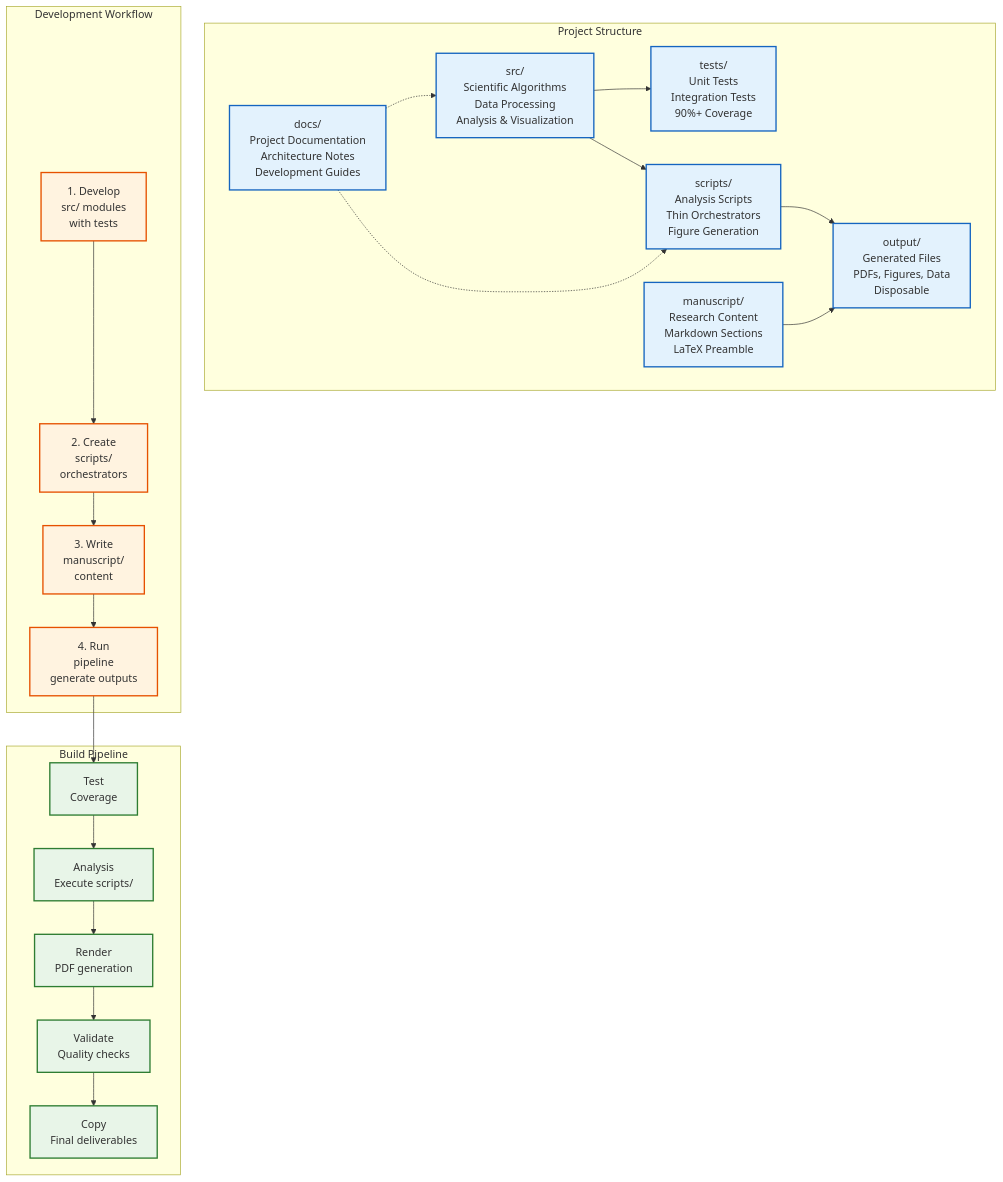
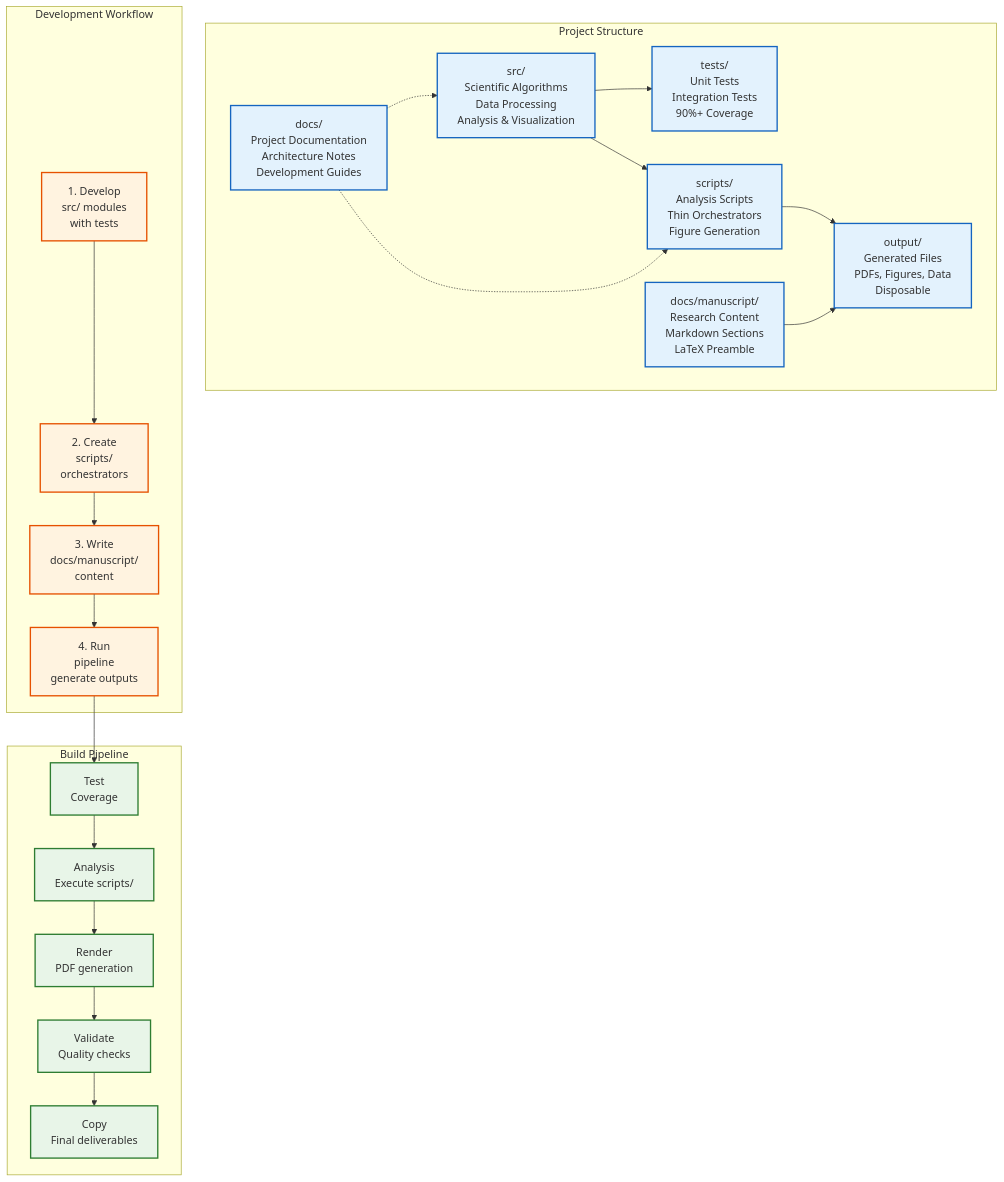
Before and after one commit to docxology/ento_linguistics: the diagram in README.md, drawn with Mermaid. The commit also changed other lines of this file and 75 other files, not shown here.

````diff
--- a/README.md
+++ b/README.md
@@ -128,51 +128,51 @@
 ```mermaid
 graph TB
     subgraph ProjectStructure["Project Structure"]
         SRC[src/<br/>Scientific Algorithms<br/>Data Processing<br/>Analysis & Visualization]
         TESTS[tests/<br/>Unit Tests<br/>Integration Tests<br/>90%+ Coverage]
         SCRIPTS[scripts/<br/>Analysis Scripts<br/>Thin Orchestrators<br/>Figure Generation]
-        MANUSCRIPT[manuscript/<br/>Research Content<br/>Markdown Sections<br/>LaTeX Preamble]
+        MANUSCRIPT[docs/manuscript/<br/>Research Content<br/>Markdown Sections<br/>LaTeX Preamble]
         OUTPUT[output/<br/>Generated Files<br/>PDFs, Figures, Data<br/>Disposable]
         DOCS[docs/<br/>Project Documentation<br/>Architecture Notes<br/>Development Guides]
     end
 
     subgraph Workflow["Development Workflow"]
         DEVELOP[1. Develop<br/>src/ modules<br/>with tests]
         ORCHESTRATE[2. Create<br/>scripts/<br/>orchestrators]
-        DOCUMENT[3. Write<br/>manuscript/<br/>content]
+        DOCUMENT[3. Write<br/>docs/manuscript/<br/>content]
         BUILD[4. Run<br/>pipeline<br/>generate outputs]
     end
 
     subgraph Pipeline["Build Pipeline"]
         TEST_RUN[Test<br/>Coverage]
         ANALYSIS_RUN[Analysis<br/>Execute scripts/]
         RENDER_RUN[Render<br/>PDF generation]
         VALIDATE_RUN[Validate<br/>Quality checks]
         COPY_RUN[Copy<br/>Final deliverables]
     end
 
     SRC --> TESTS
     SRC --> SCRIPTS
     SCRIPTS --> OUTPUT
     MANUSCRIPT --> OUTPUT
     DOCS -.-> SRC
     DOCS -.-> SCRIPTS
 
     DEVELOP --> ORCHESTRATE
     ORCHESTRATE --> DOCUMENT
     DOCUMENT --> BUILD
 
     BUILD --> TEST_RUN
     TEST_RUN --> ANALYSIS_RUN
     ANALYSIS_RUN --> RENDER_RUN
     RENDER_RUN --> VALIDATE_RUN
     VALIDATE_RUN --> COPY_RUN
 
     classDef primary fill:#e3f2fd,stroke:#1565c0,stroke-width:2px
     classDef workflow fill:#fff3e0,stroke:#e65100,stroke-width:2px
     classDef pipeline fill:#e8f5e8,stroke:#2e7d32,stroke-width:2px
 
     class SRC,TESTS,SCRIPTS,MANUSCRIPT,OUTPUT,DOCS primary
     class DEVELOP,ORCHESTRATE,DOCUMENT,BUILD workflow
     class TEST_RUN,ANALYSIS_RUN,RENDER_RUN,VALIDATE_RUN,COPY_RUN pipeline
 ```
````
